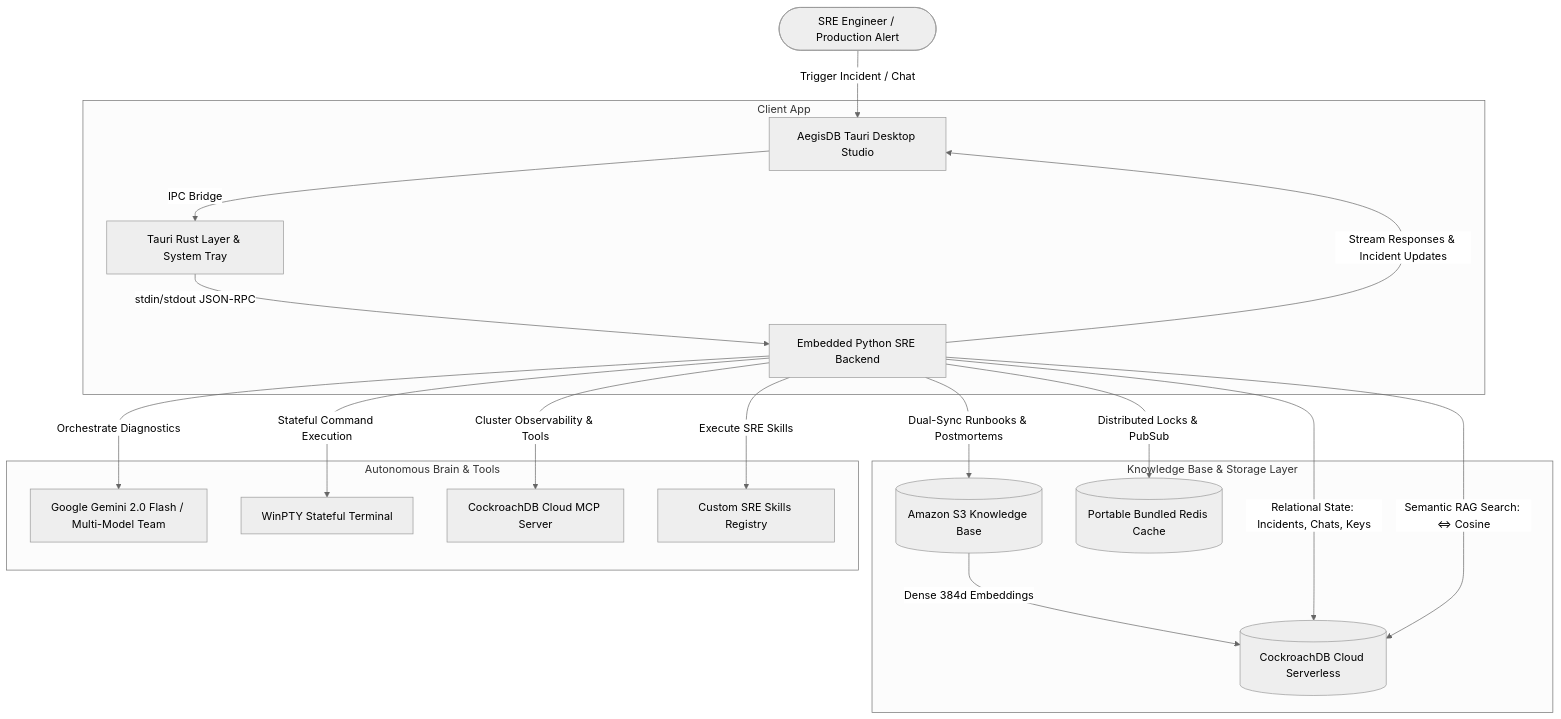
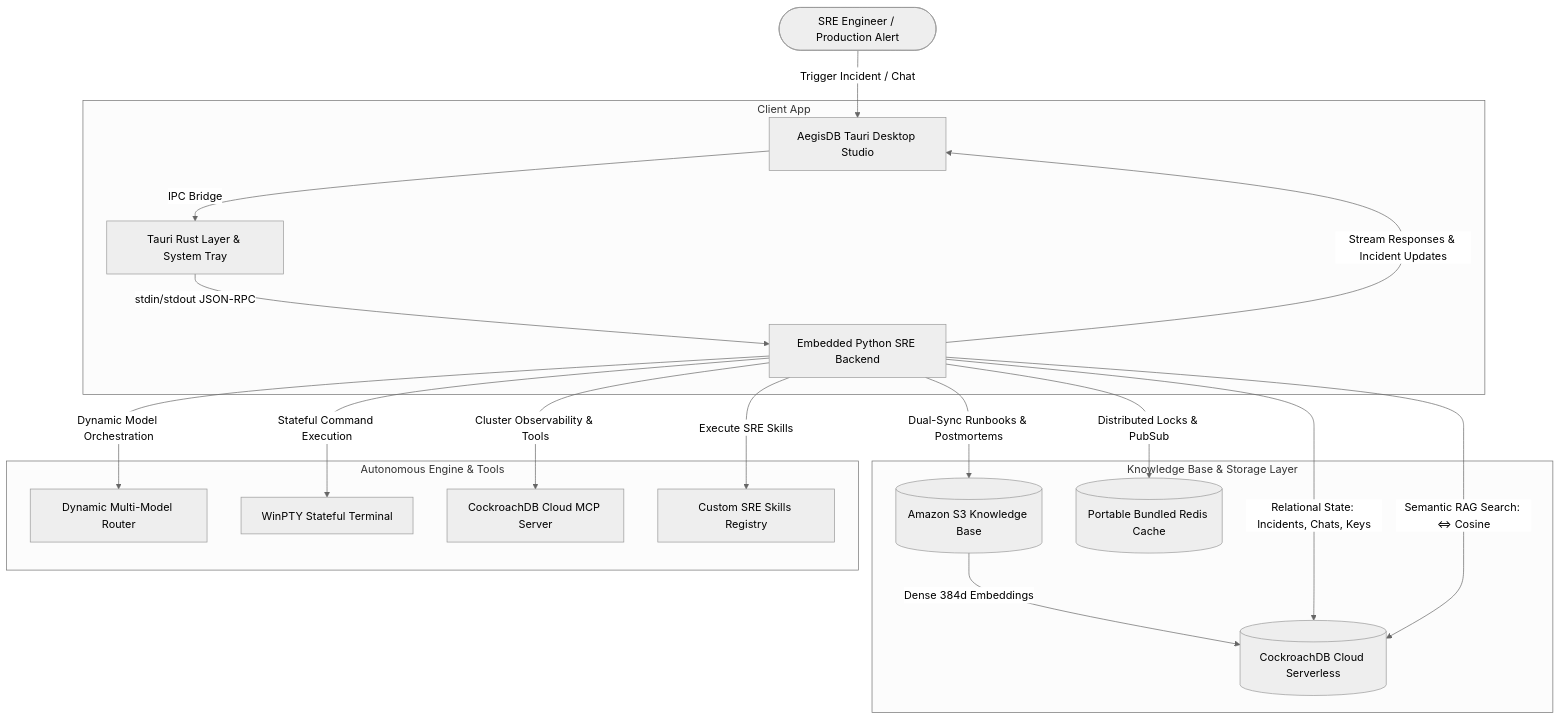
The diagram in README.md (Arthur-101/CockroachDB), drawn with Mermaid (neutral theme) before and after one commit. The commit also changed other lines of this file, not shown here.

Commit message:
docs: remove emojis and update dynamic model routing in README

````diff
--- a/README.md
+++ b/README.md
@@ -40,26 +40,26 @@
 ```mermaid
 graph TD
     User([SRE Engineer / Production Alert]) -->|Trigger Incident / Chat| UI[AegisDB Tauri Desktop Studio]
     
     subgraph Client App
         UI -->|IPC Bridge| Rust[Tauri Rust Layer & System Tray]
         Rust -->|stdin/stdout JSON-RPC| PyAPI[Embedded Python SRE Backend]
     end
 
     subgraph Knowledge Base & Storage Layer
         PyAPI -->|Dual-Sync Runbooks & Postmortems| S3[(Amazon S3 Knowledge Base)]
         S3 -->|Dense 384d Embeddings| CRDB[(CockroachDB Cloud Serverless)]
         PyAPI -->|Relational State: Incidents, Chats, Keys| CRDB
         PyAPI -->|Semantic RAG Search: <=> Cosine| CRDB
         PyAPI -->|Distributed Locks & PubSub| Redis[(Portable Bundled Redis Cache)]
     end
 
-    subgraph Autonomous Brain & Tools
-        PyAPI -->|Orchestrate Diagnostics| LLM[Google Gemini 2.0 Flash / Multi-Model Team]
+    subgraph Autonomous Engine & Tools
+        PyAPI -->|Dynamic Model Orchestration| LLM[Dynamic Multi-Model Router]
         PyAPI -->|Stateful Command Execution| Terminal[WinPTY Stateful Terminal]
         PyAPI -->|Cluster Observability & Tools| MCP[CockroachDB Cloud MCP Server]
         PyAPI -->|Execute SRE Skills| Skills[Custom SRE Skills Registry]
     end
     
     PyAPI -->|Stream Responses & Incident Updates| UI
 ```
````
